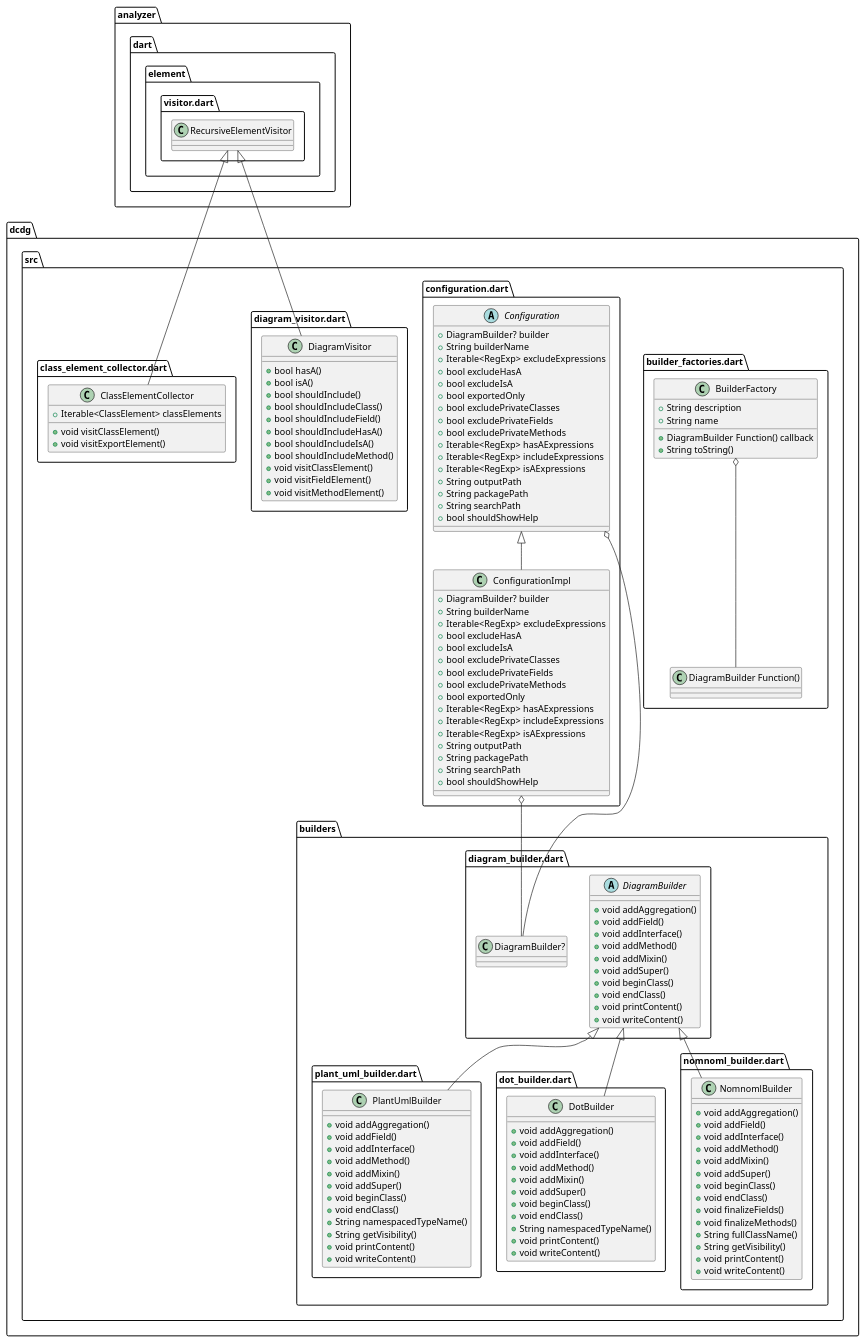
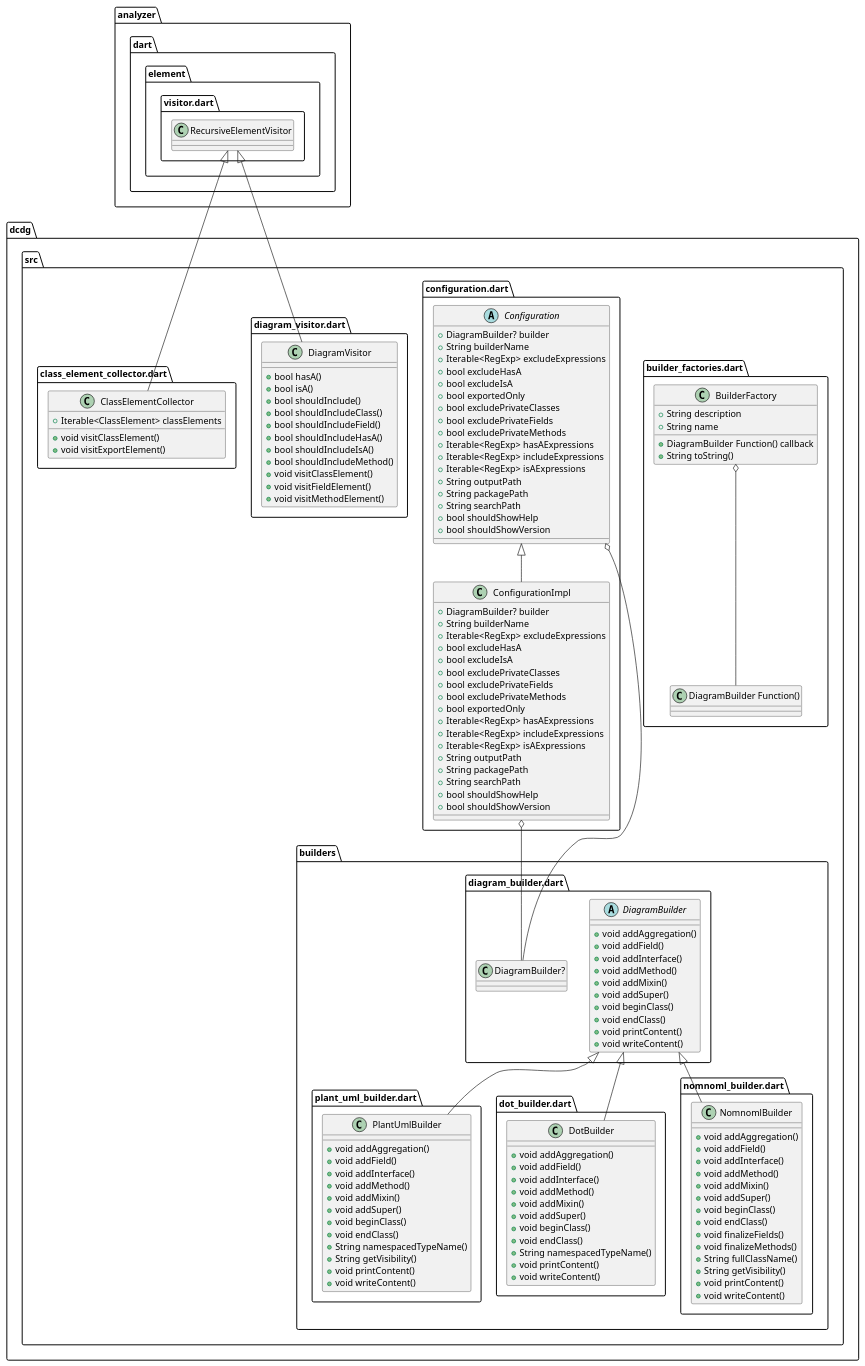
The diagram in example/dcdg.puml (glesica/dcdg.dart), drawn with PlantUML before and after one commit. The commit also changed 1 other file, not shown here.

```diff
--- a/example/dcdg.puml
+++ b/example/dcdg.puml
@@ -1,146 +1,148 @@
 @startuml
 set namespaceSeparator ::
 
 class "dcdg::src::builders::plant_uml_builder.dart::PlantUmlBuilder" {
   +void addAggregation()
   +void addField()
   +void addInterface()
   +void addMethod()
   +void addMixin()
   +void addSuper()
   +void beginClass()
   +void endClass()
   +String namespacedTypeName()
   +String getVisibility()
   +void printContent()
   +void writeContent()
 }
 
 "dcdg::src::builders::diagram_builder.dart::DiagramBuilder" <|-- "dcdg::src::builders::plant_uml_builder.dart::PlantUmlBuilder"
 
 class "dcdg::src::builders::dot_builder.dart::DotBuilder" {
   +void addAggregation()
   +void addField()
   +void addInterface()
   +void addMethod()
   +void addMixin()
   +void addSuper()
   +void beginClass()
   +void endClass()
   +String namespacedTypeName()
   +void printContent()
   +void writeContent()
 }
 
 "dcdg::src::builders::diagram_builder.dart::DiagramBuilder" <|-- "dcdg::src::builders::dot_builder.dart::DotBuilder"
 
 abstract class "dcdg::src::builders::diagram_builder.dart::DiagramBuilder" {
   +void addAggregation()
   +void addField()
   +void addInterface()
   +void addMethod()
   +void addMixin()
   +void addSuper()
   +void beginClass()
   +void endClass()
   +void printContent()
   +void writeContent()
 }
 
 class "dcdg::src::builders::nomnoml_builder.dart::NomnomlBuilder" {
   +void addAggregation()
   +void addField()
   +void addInterface()
   +void addMethod()
   +void addMixin()
   +void addSuper()
   +void beginClass()
   +void endClass()
   +void finalizeFields()
   +void finalizeMethods()
   +String fullClassName()
   +String getVisibility()
   +void printContent()
   +void writeContent()
 }
 
 "dcdg::src::builders::diagram_builder.dart::DiagramBuilder" <|-- "dcdg::src::builders::nomnoml_builder.dart::NomnomlBuilder"
 
 class "dcdg::src::builder_factories.dart::BuilderFactory" {
   +DiagramBuilder Function() callback
   +String description
   +String name
   +String toString()
 }
 
 "dcdg::src::builder_factories.dart::BuilderFactory" o-- "dcdg::src::builder_factories.dart::DiagramBuilder Function()"
 
 abstract class "dcdg::src::configuration.dart::Configuration" {
   +DiagramBuilder? builder
   +String builderName
   +Iterable<RegExp> excludeExpressions
   +bool excludeHasA
   +bool excludeIsA
   +bool exportedOnly
   +bool excludePrivateClasses
   +bool excludePrivateFields
   +bool excludePrivateMethods
   +Iterable<RegExp> hasAExpressions
   +Iterable<RegExp> includeExpressions
   +Iterable<RegExp> isAExpressions
   +String outputPath
   +String packagePath
   +String searchPath
   +bool shouldShowHelp
+  +bool shouldShowVersion
 }
 
 "dcdg::src::configuration.dart::Configuration" o-- "dcdg::src::builders::diagram_builder.dart::DiagramBuilder?"
 
 class "dcdg::src::configuration.dart::ConfigurationImpl" {
   +DiagramBuilder? builder
   +String builderName
   +Iterable<RegExp> excludeExpressions
   +bool excludeHasA
   +bool excludeIsA
   +bool excludePrivateClasses
   +bool excludePrivateFields
   +bool excludePrivateMethods
   +bool exportedOnly
   +Iterable<RegExp> hasAExpressions
   +Iterable<RegExp> includeExpressions
   +Iterable<RegExp> isAExpressions
   +String outputPath
   +String packagePath
   +String searchPath
   +bool shouldShowHelp
+  +bool shouldShowVersion
 }
 
 "dcdg::src::configuration.dart::ConfigurationImpl" o-- "dcdg::src::builders::diagram_builder.dart::DiagramBuilder?"
 "dcdg::src::configuration.dart::Configuration" <|-- "dcdg::src::configuration.dart::ConfigurationImpl"
 
 class "dcdg::src::diagram_visitor.dart::DiagramVisitor" {
   +bool hasA()
   +bool isA()
   +bool shouldInclude()
   +bool shouldIncludeClass()
   +bool shouldIncludeField()
   +bool shouldIncludeHasA()
   +bool shouldIncludeIsA()
   +bool shouldIncludeMethod()
   +void visitClassElement()
   +void visitFieldElement()
   +void visitMethodElement()
 }
 
 "analyzer::dart::element::visitor.dart::RecursiveElementVisitor" <|-- "dcdg::src::diagram_visitor.dart::DiagramVisitor"
 
 class "dcdg::src::class_element_collector.dart::ClassElementCollector" {
   +Iterable<ClassElement> classElements
   +void visitClassElement()
   +void visitExportElement()
 }
 
 "analyzer::dart::element::visitor.dart::RecursiveElementVisitor" <|-- "dcdg::src::class_element_collector.dart::ClassElementCollector"
 
 
 @enduml
```
